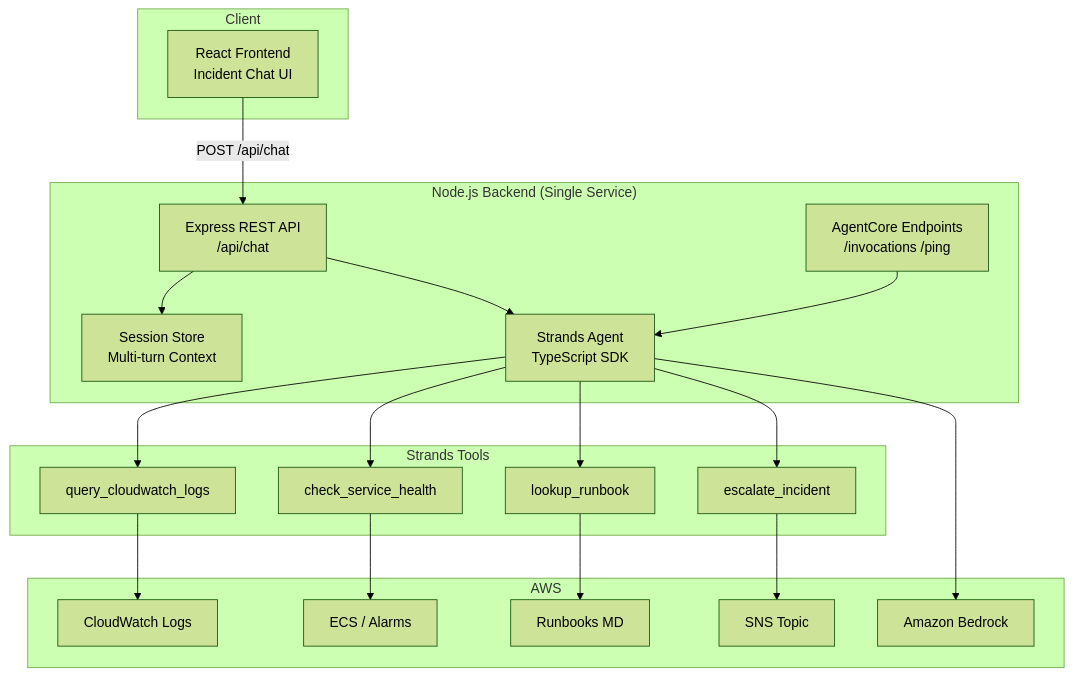
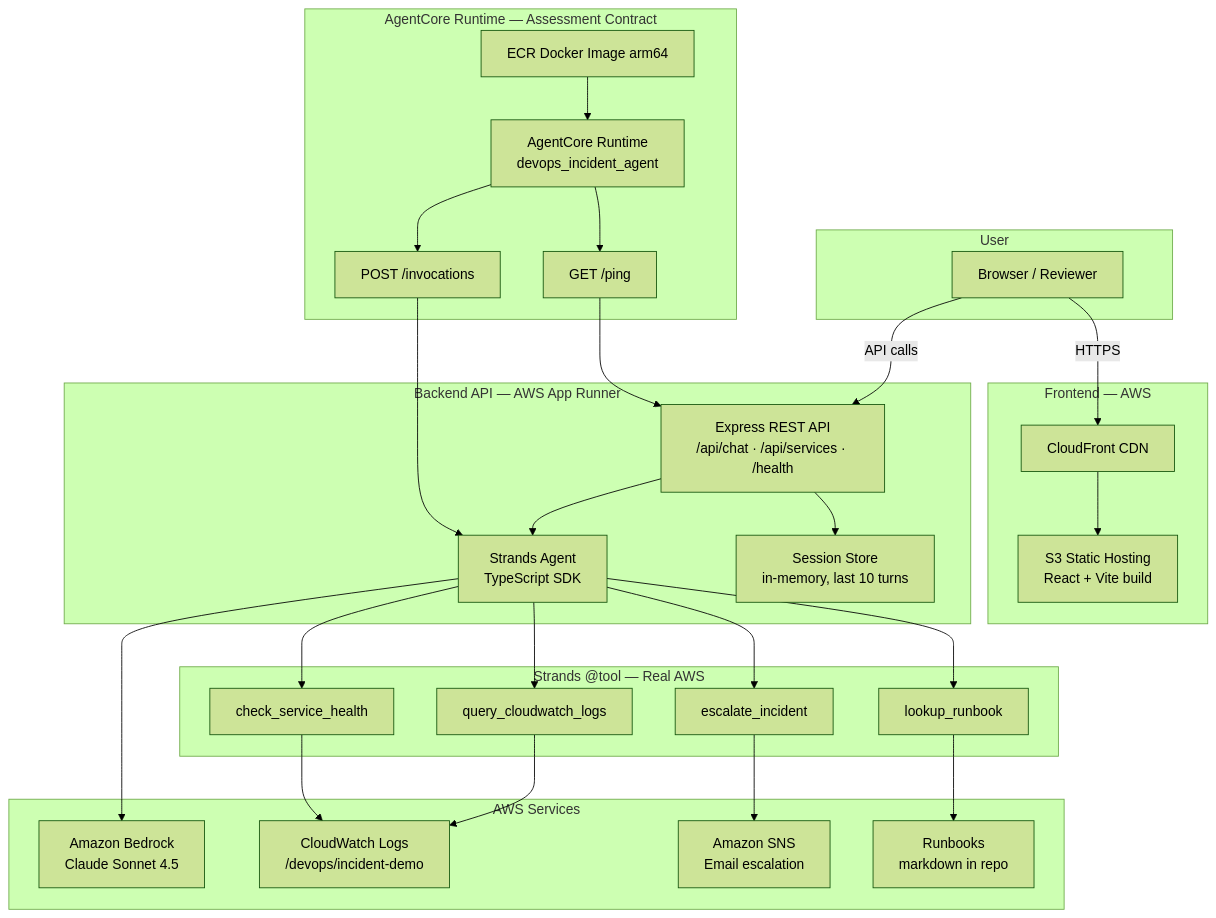
Before and after one commit to sagar-developer08/DevOps-Incident-Response: the first of 2 diagrams in docs/architecture.md, drawn with Mermaid (forest theme). The commit also changed other lines of this file and 1 other file, not shown here.

Commit message:
Add reviewer-friendly architecture doc with AgentCore trade-offs

````diff
--- a/docs/architecture.md
+++ b/docs/architecture.md
@@ -5,39 +9,56 @@
 ```mermaid
 flowchart TB
-    subgraph Client
-        UI[React Frontend<br/>Incident Chat UI]
+    subgraph User
+        Browser[Browser / Reviewer]
     end
 
-    subgraph Backend["Node.js Backend (Single Service)"]
-        API[Express REST API<br/>/api/chat]
-        AGENT[Strands Agent<br/>TypeScript SDK]
-        SESS[Session Store<br/>Multi-turn Context]
-        AC_EP[AgentCore Endpoints<br/>/invocations /ping]
+    subgraph Frontend["Frontend — AWS"]
+        CF[CloudFront CDN]
+        S3[S3 Static Hosting<br/>React + Vite build]
     end
 
-    subgraph Strands Tools
+    subgraph BackendAPI["Backend API — AWS App Runner"]
+        Express[Express REST API<br/>/api/chat · /api/services · /health]
+        Agent[Strands Agent<br/>TypeScript SDK]
+        Session[Session Store<br/>in-memory, last 10 turns]
+    end
+
+    subgraph AgentCore["AgentCore Runtime — Assessment Contract"]
+        ECR[ECR Docker Image arm64]
+        RT[AgentCore Runtime<br/>devops_incident_agent]
+        Ping["GET /ping"]
+        Inv["POST /invocations"]
+    end
+
+    subgraph StrandsTools["Strands @tool — Real AWS"]
         T1[query_cloudwatch_logs]
         T2[check_service_health]
         T3[lookup_runbook]
         T4[escalate_incident]
     end
 
-    subgraph AWS
-        BR[Amazon Bedrock]
-        CW[CloudWatch Logs]
-        ECS[ECS / Alarms]
-        SNS[SNS Topic]
-        RB[Runbooks MD]
+    subgraph AWSServices["AWS Services"]
+        Bedrock[Amazon Bedrock<br/>Claude Sonnet 4.5]
+        CW[CloudWatch Logs<br/>/devops/incident-demo]
+        SNS[Amazon SNS<br/>Email escalation]
+        RB[Runbooks<br/>markdown in repo]
     end
 
-    UI -->|POST /api/chat| API
-    API --> SESS
-    API --> AGENT
-    AGENT --> T1 & T2 & T3 & T4
+    Browser -->|HTTPS| CF
+    CF --> S3
+    Browser -->|API calls| Express
+    Express --> Session
+    Express --> Agent
+    Agent --> T1 & T2 & T3 & T4
     T1 --> CW
-    T2 --> ECS
+    T2 --> CW
     T3 --> RB
     T4 --> SNS
-    AGENT --> BR
-    AC_EP --> AGENT
+    Agent --> Bedrock
+
+    ECR --> RT
+    RT --> Ping
+    RT --> Inv
+    Inv --> Agent
+    Ping --> Express
 ```
````
